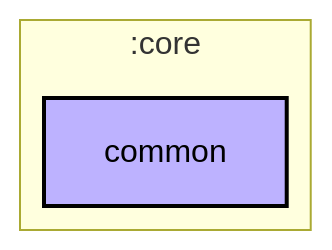
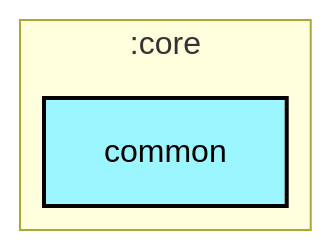
Before and after one commit to lihenggui/nowinkmp: the first of 2 diagrams in core/common/README.md, drawn with Mermaid. The commit also changed other lines of this file and 29 other files, not shown here.

First line of the commit message:
Fix graphUpdate configuration cache compatibility

````diff
--- a/core/common/README.md
+++ b/core/common/README.md
@@ -6,20 +6,20 @@
 ```mermaid
 ---
 config:
   layout: elk
   elk:
     nodePlacementStrategy: SIMPLE
 ---
 graph TB
   subgraph :core
     direction TB
-    :core:common[common]:::jvm-library
+    :core:common[common]:::kmp-library
   end
 
-classDef android-application fill:#CAFFBF,stroke:#000,stroke-width:2px,color:#000;
-classDef android-feature fill:#FFD6A5,stroke:#000,stroke-width:2px,color:#000;
-classDef android-library fill:#9BF6FF,stroke:#000,stroke-width:2px,color:#000;
+classDef cmp-application fill:#CAFFBF,stroke:#000,stroke-width:2px,color:#000;
+classDef cmp-feature fill:#FFD6A5,stroke:#000,stroke-width:2px,color:#000;
+classDef kmp-library fill:#9BF6FF,stroke:#000,stroke-width:2px,color:#000;
+classDef jvm-library fill:#BDB2FF,stroke:#000,stroke-width:2px,color:#000;
 classDef android-test fill:#A0C4FF,stroke:#000,stroke-width:2px,color:#000;
-classDef jvm-library fill:#BDB2FF,stroke:#000,stroke-width:2px,color:#000;
 classDef unknown fill:#FFADAD,stroke:#000,stroke-width:2px,color:#000;
 ```
````
